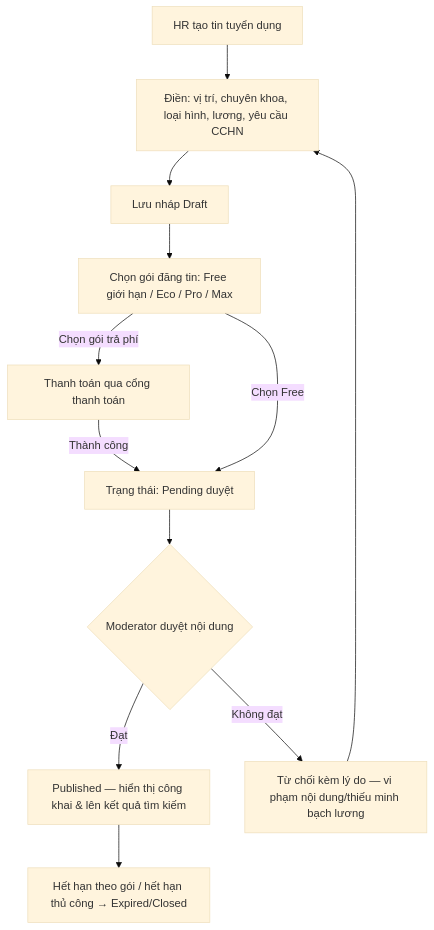
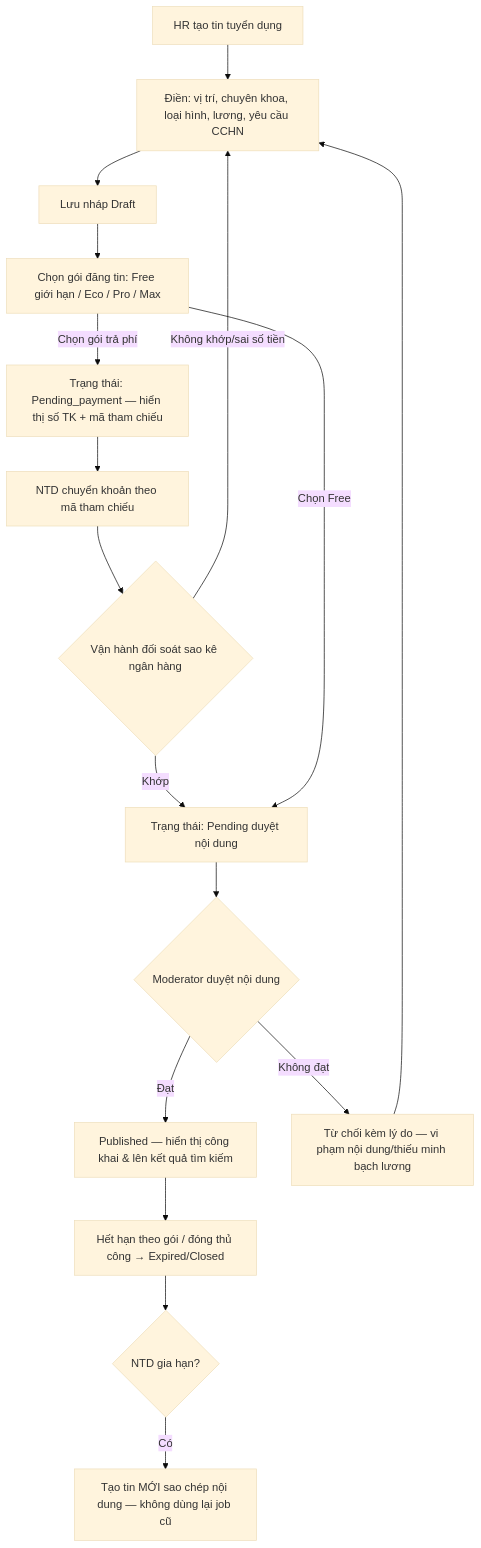
Before and after one commit to minhtungle/GiapTech.BlouseHiding: the third of 7 diagrams in docs/nghiep-vu/LUONG-NGHIEP-VU-MAN-HINH.md, drawn with Mermaid (base theme). The commit also changed other lines of this file and 5 other files, not shown here.

First line of the commit message:
docs: fix business flow gaps found in rigor review

````diff
--- a/docs/nghiep-vu/LUONG-NGHIEP-VU-MAN-HINH.md
+++ b/docs/nghiep-vu/LUONG-NGHIEP-VU-MAN-HINH.md
@@ -55,14 +55,19 @@
 ```mermaid
 flowchart TD
     A[HR tạo tin tuyển dụng] --> B[Điền: vị trí, chuyên khoa, loại hình, lương, yêu cầu CCHN]
     B --> C[Lưu nháp Draft]
     C --> D[Chọn gói đăng tin: Free giới hạn / Eco / Pro / Max]
-    D -- Chọn gói trả phí --> E[Thanh toán qua cổng thanh toán]
-    E -- Thành công --> F[Trạng thái: Pending duyệt]
+    D -- Chọn gói trả phí --> E[Trạng thái: Pending_payment — hiển thị số TK + mã tham chiếu]
+    E --> E2[NTD chuyển khoản theo mã tham chiếu]
+    E2 --> E3{Vận hành đối soát sao kê ngân hàng}
+    E3 -- Khớp --> F[Trạng thái: Pending duyệt nội dung]
+    E3 -- Không khớp/sai số tiền --> B
     D -- Chọn Free --> F
     F --> G{Moderator duyệt nội dung}
     G -- Đạt --> H[Published — hiển thị công khai & lên kết quả tìm kiếm]
     G -- Không đạt --> I[Từ chối kèm lý do — vi phạm nội dung/thiếu minh bạch lương]
     I --> B
-    H --> J[Hết hạn theo gói / hết hạn thủ công → Expired/Closed]
+    H --> J[Hết hạn theo gói / đóng thủ công → Expired/Closed]
+    J --> K{NTD gia hạn?}
+    K -- Có --> A2[Tạo tin MỚI sao chép nội dung — không dùng lại job cũ]
 ```
````
